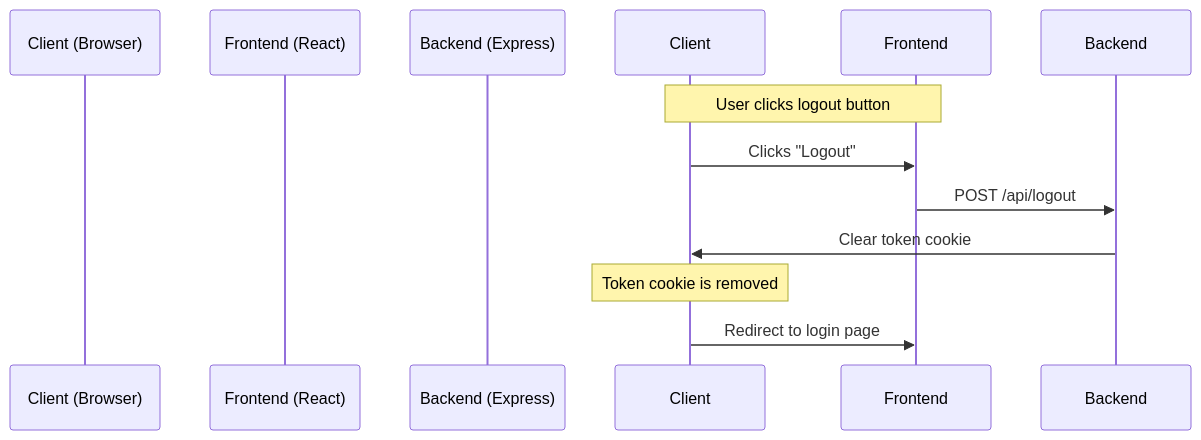
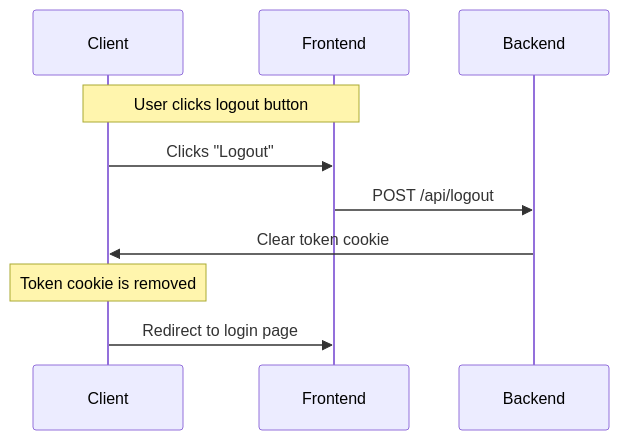
The third of 3 diagrams in README.md (BasharAlwarad/Travel-journal-AI-powered), drawn with Mermaid before and after one commit.

Commit message:
update: README

````diff
--- a/README.md
+++ b/README.md
@@ -56,16 +56,13 @@
 ```mermaid
 sequenceDiagram
-    participant Client (Browser)
-    participant Frontend (React)
-    participant Backend (Express)
 
     Note over Client, Frontend: User clicks logout button
     Client->>Frontend: Clicks "Logout"
     Frontend->>Backend: POST /api/logout
 
     Backend->>Client: Clear token cookie
 
     Note over Client: Token cookie is removed
     Client->>Frontend: Redirect to login page
 
 ```
````
